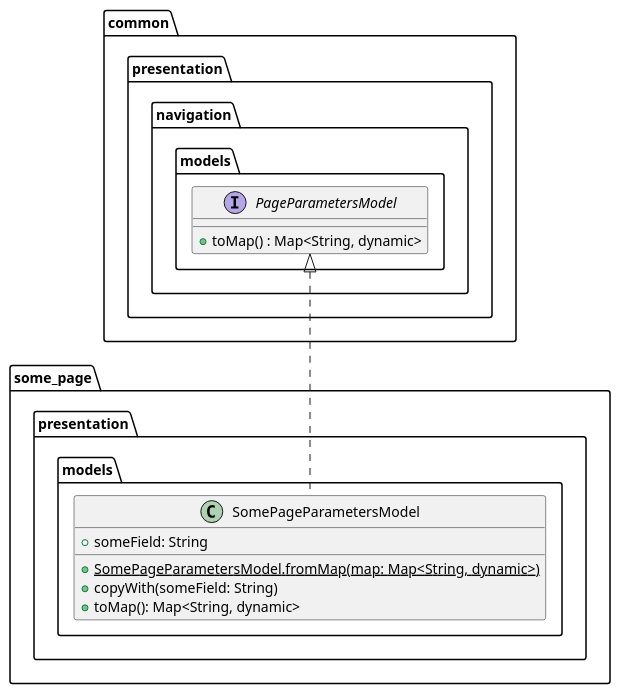
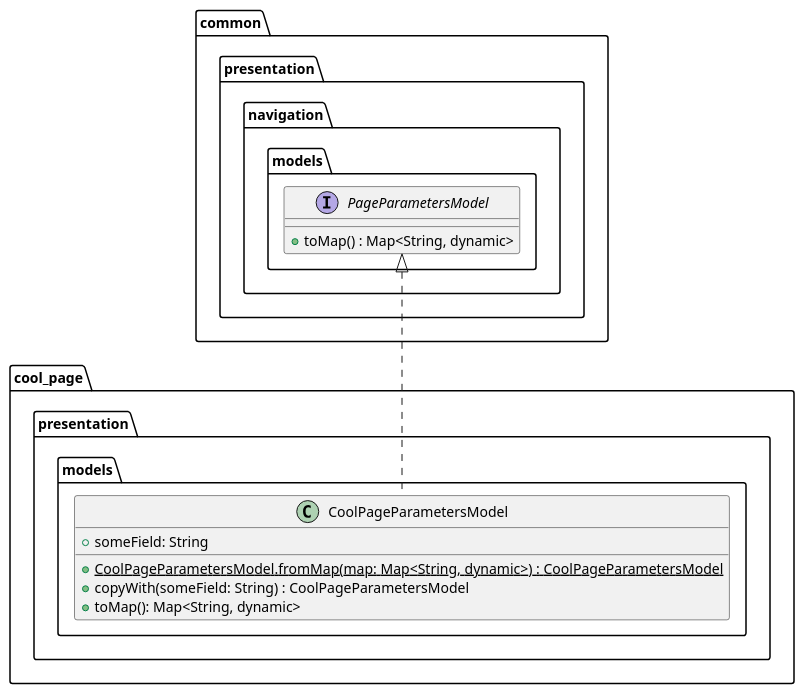
One commit to Flank/flank-dashboard changed the diagram in metrics/web/docs/features/deep_links/diagrams/page_parameters_model_class_diagram.puml. Above: the diagram before and after it, drawn with PlantUML. The commit also changed 4 other files, not shown here.

```diff
--- a/metrics/web/docs/features/deep_links/diagrams/page_parameters_model_class_diagram.puml
+++ b/metrics/web/docs/features/deep_links/diagrams/page_parameters_model_class_diagram.puml
@@ -1,21 +1,21 @@
 @startuml page_parameters_model_class_diagram
 
 package common.presentation.navigation.models {
     interface PageParametersModel {
         + toMap() : Map<String, dynamic>
     }
 }
 
-package some_page.presentation.models {
-    class SomePageParametersModel {
+package cool_page.presentation.models {
+    class CoolPageParametersModel {
         + someField: String
 
-        + {static} SomePageParametersModel.fromMap(map: Map<String, dynamic>)
-        + copyWith(someField: String)
+        + {static} CoolPageParametersModel.fromMap(map: Map<String, dynamic>) : CoolPageParametersModel
+        + copyWith(someField: String) : CoolPageParametersModel
         + toMap(): Map<String, dynamic>
     }
 }
 
-SomePageParametersModel .up.|> PageParametersModel
+CoolPageParametersModel .up.|> PageParametersModel
 
 @enduml
```
